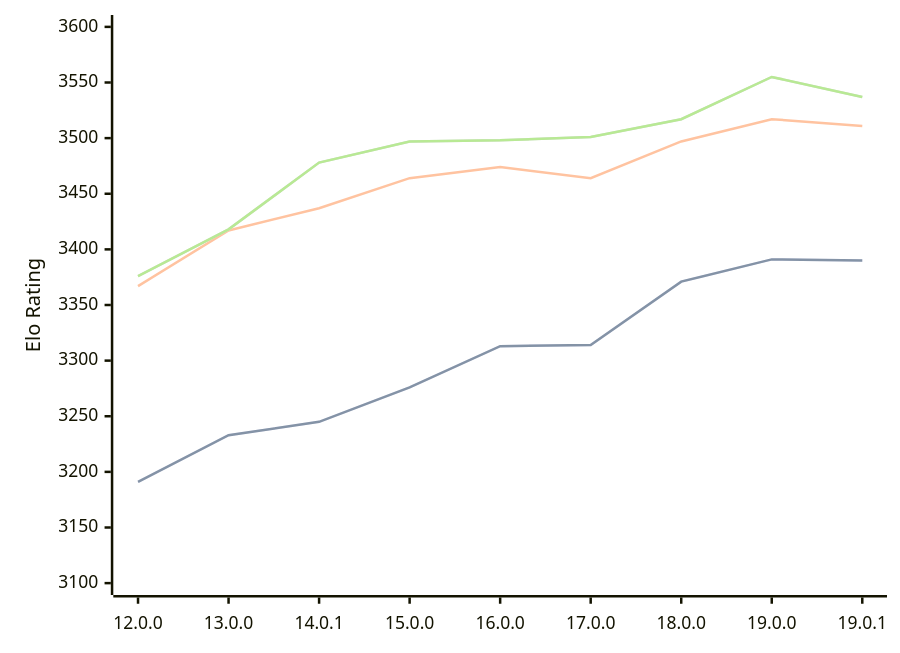
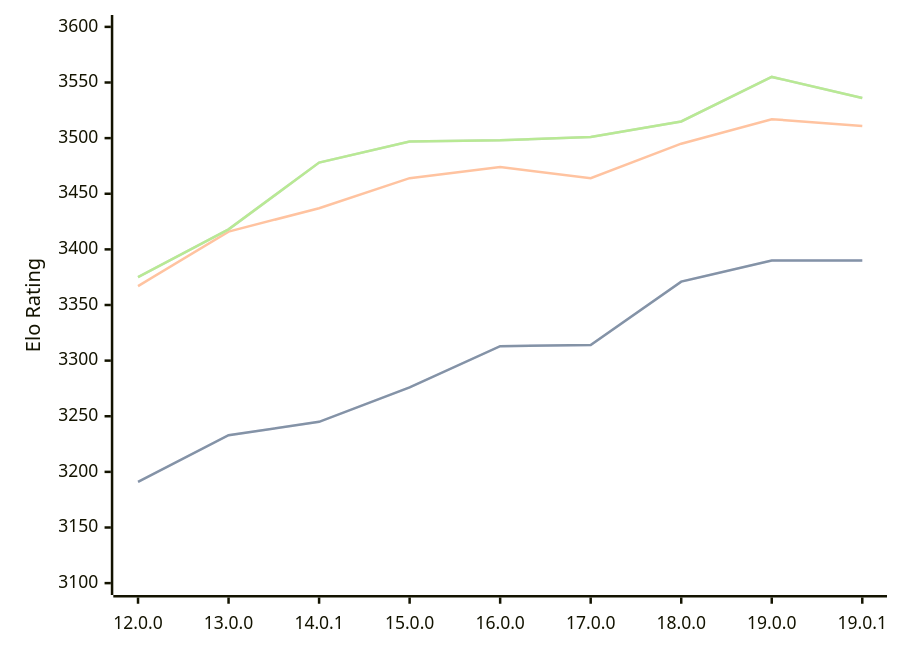
The third of 3 diagrams in engines/Viridithas.md (computer-chess-index/cci), drawn with Mermaid before and after one commit. The commit also changed other lines of this file, not shown here.

Commit message:
Update CCI Ratings (ELO VLTC) - 2026-06-20

````diff
--- a/engines/Viridithas.md
+++ b/engines/Viridithas.md
@@ -96,11 +96,11 @@
 ```mermaid
 %%{init: {"theme":"base","themeVariables":{"seriesColors:['#a3a3a3','#222221','#faa371']}}}%%
 xychart-beta
   x-axis ["12.0.0", "13.0.0", "14.0.1", "15.0.0", "16.0.0", "17.0.0", "18.0.0", "19.0.0", "19.0.1"]
   y-axis "Elo Rating" 3100 --> 3600
-  line "STC (8.0+0.08s)" [3191, 3233, 3245, 3276, 3313, 3314, 3371, 3391, 3390]
-  line "STC (8.0+0.08s)" [3191, 3233, 3245, 3276, 3313, 3314, 3371, 3391, 3390]
-  line "LTC (60.0+0.60s)" [3367, 3417, 3437, 3464, 3474, 3464, 3497, 3517, 3511]
-  line "VLTC (2m24s+1.12s)" [3376, 3418, 3478, 3497, 3498, 3501, 3517, 3555, 3537]
-  line "VLTC (2m24s+1.12s)" [3376, 3418, 3478, 3497, 3498, 3501, 3517, 3555, 3537]
+  line "STC (8.0+0.08s)" [3191, 3233, 3245, 3276, 3313, 3314, 3371, 3390, 3390]
+  line "STC (8.0+0.08s)" [3191, 3233, 3245, 3276, 3313, 3314, 3371, 3390, 3390]
+  line "LTC (60.0+0.60s)" [3367, 3416, 3437, 3464, 3474, 3464, 3495, 3517, 3511]
+  line "VLTC (2m24s+1.12s)" [3375, 3418, 3478, 3497, 3498, 3501, 3515, 3555, 3536]
+  line "VLTC (2m24s+1.12s)" [3375, 3418, 3478, 3497, 3498, 3501, 3515, 3555, 3536]
 ```
````
